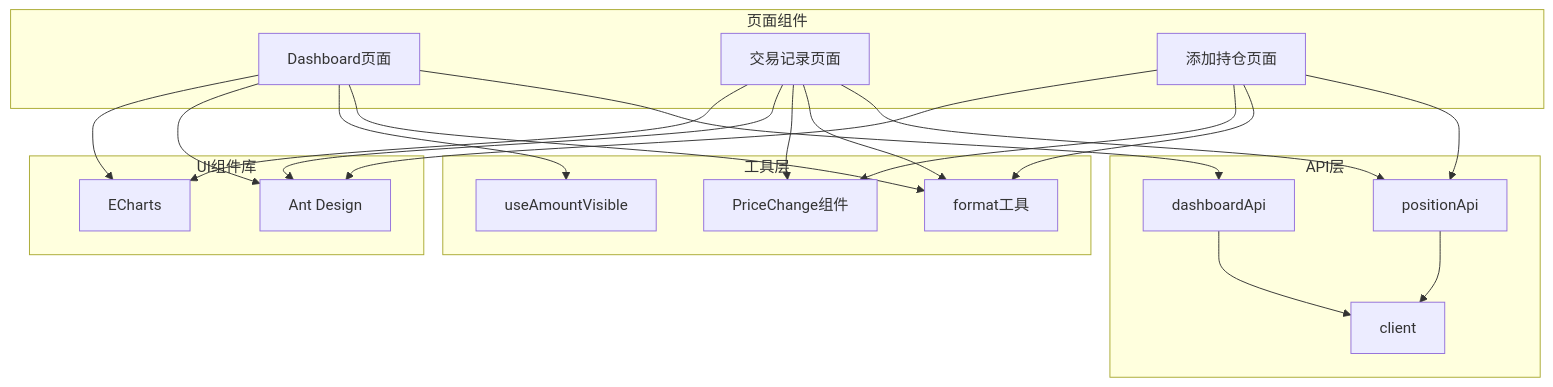
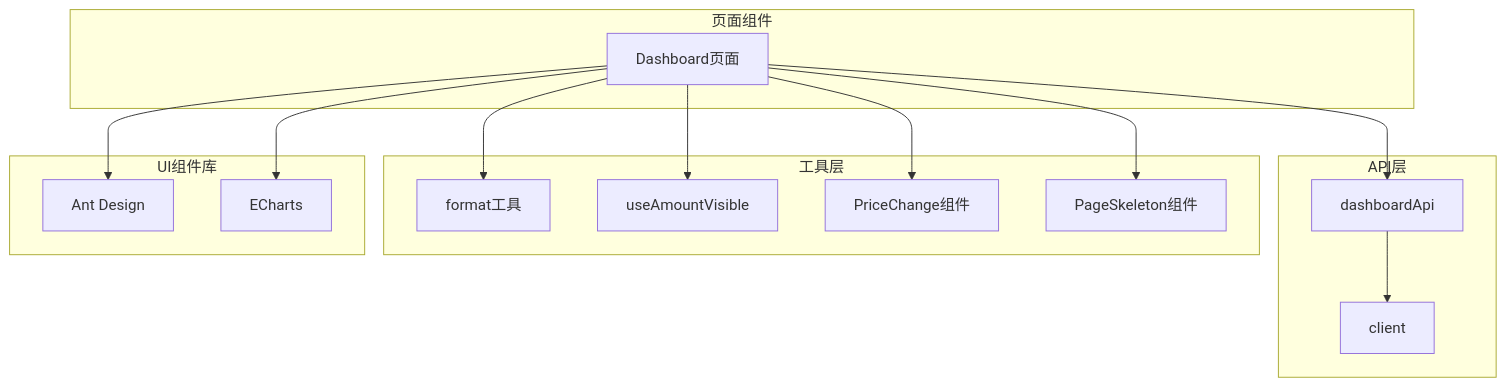
Before and after one commit to gree-coder/fund-butler: the ninth of 9 diagrams in .qoder/repowiki/zh/content/Dashboard Enhancement.md, drawn with Mermaid. The commit also changed other lines of this file and 21 other files, not shown here.

````diff
--- a/.qoder/repowiki/zh/content/Dashboard Enhancement.md
+++ b/.qoder/repowiki/zh/content/Dashboard Enhancement.md
@@ -524,38 +430,28 @@
 ```mermaid
 graph TB
 subgraph "页面组件"
 DP[Dashboard页面]
-TL[交易记录页面]
-AP[添加持仓页面]
 end
 subgraph "API层"
 DA[dashboardApi]
-PA[positionApi]
 CL[client]
 end
 subgraph "工具层"
 UF[format工具]
 UV[useAmountVisible]
 PC[PriceChange组件]
+PS[PageSkeleton组件]
 end
 subgraph "UI组件库"
 AD[Ant Design]
 EC[ECharts]
 end
 DP --> DA
-TL --> PA
-AP --> PA
 DP --> UF
-TL --> UF
-AP --> UF
 DP --> UV
-TL --> PC
-AP --> PC
+DP --> PC
+DP --> PS
 DA --> CL
-PA --> CL
 DP --> AD
-TL --> AD
-AP --> AD
 DP --> EC
-TL --> EC
 ```
````
